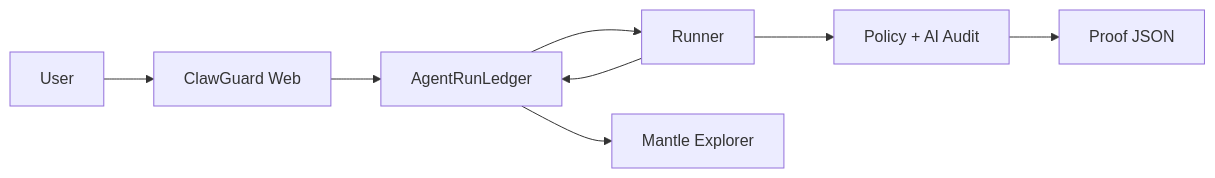
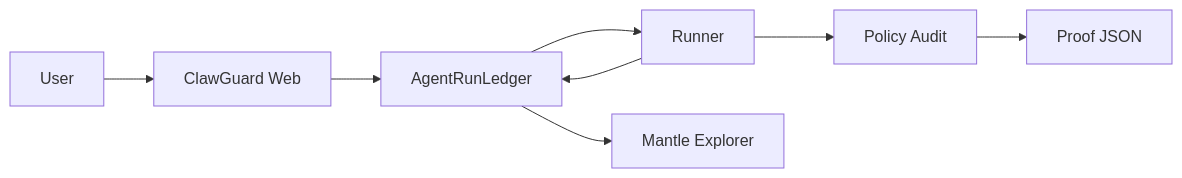
Before and after one commit to smmyth/clawguard-ai-wallets: the diagram in README.md, drawn with Mermaid. The commit also changed other lines of this file and 21 other files, not shown here.

````diff
--- a/README.md
+++ b/README.md
@@ -46,10 +73,10 @@
 ```mermaid
 flowchart LR
   U["User"] --> W["ClawGuard Web"]
   W --> L["AgentRunLedger"]
   L --> R["Runner"]
-  R --> A["Policy + AI Audit"]
+  R --> A["Policy Audit"]
   A --> P["Proof JSON"]
   R --> L
   L --> E["Mantle Explorer"]
 ```
````
